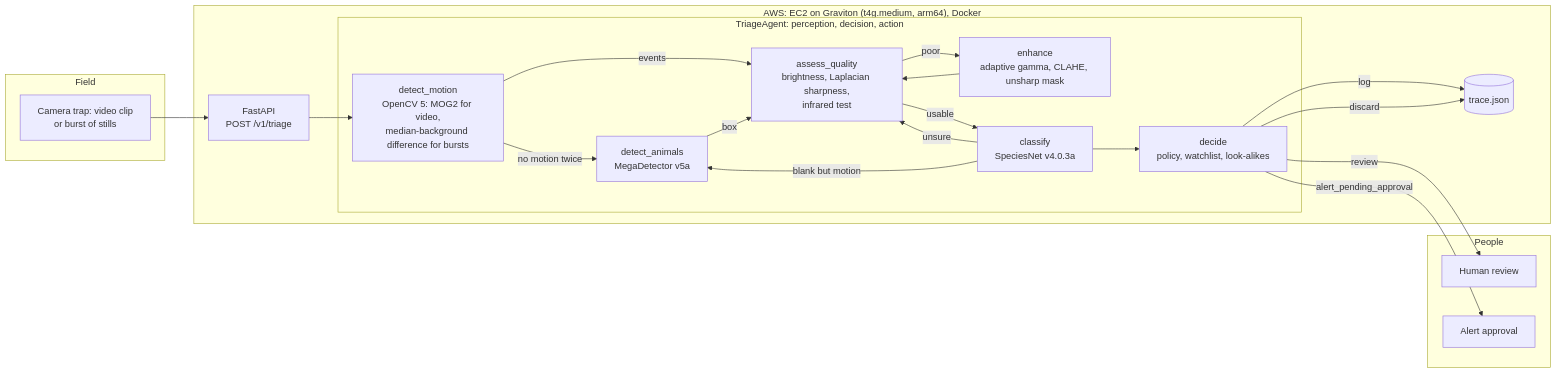
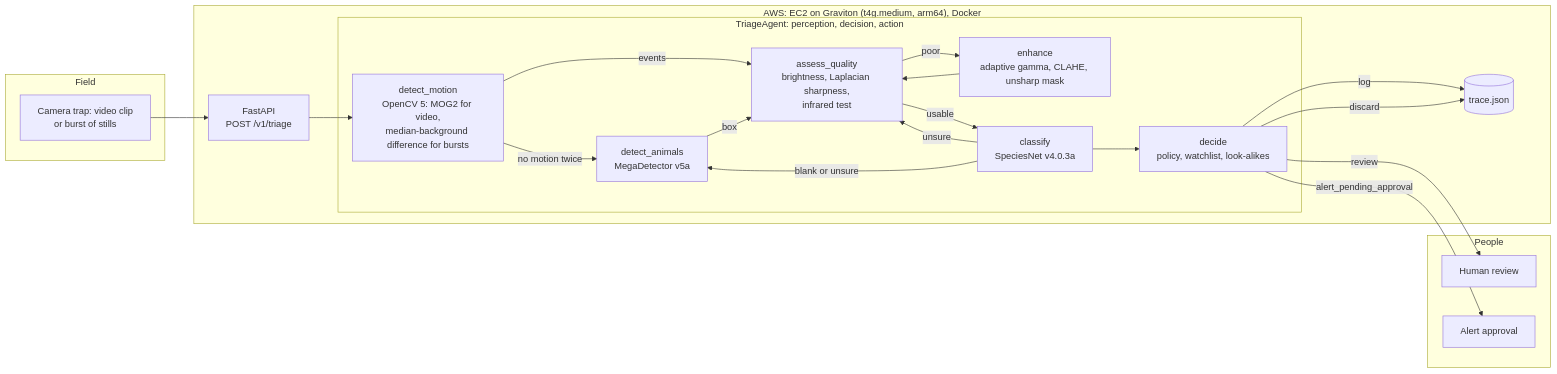
The diagram in docs/architecture.md (wlnw-org/trailwatch), drawn with Mermaid before and after one commit. The commit also changed other lines of this file and 9 other files, not shown here.

````diff
--- a/docs/architecture.md
+++ b/docs/architecture.md
@@ -3,35 +3,35 @@
 ```mermaid
 flowchart LR
   subgraph Field["Field"]
     CT[Camera trap: video clip<br/>or burst of stills]
   end
   subgraph AWS["AWS: EC2 on Graviton (t4g.medium, arm64), Docker"]
     API[FastAPI<br/>POST /v1/triage]
     subgraph Agent["TriageAgent: perception, decision, action"]
       M[detect_motion<br/>OpenCV 5: MOG2 for video,<br/>median-background difference for bursts]
       Q[assess_quality<br/>brightness, Laplacian sharpness,<br/>infrared test]
       E[enhance<br/>adaptive gamma, CLAHE, unsharp mask]
       D[detect_animals<br/>MegaDetector v5a]
       C[classify<br/>SpeciesNet v4.0.3a]
       P[decide<br/>policy, watchlist, look-alikes]
     end
     T[(trace.json)]
   end
   subgraph People["People"]
     R[Human review]
     A[Alert approval]
   end
   CT --> API --> M
   M -- no motion twice --> D
   M -- events --> Q
   D -- box --> Q
   Q -- poor --> E --> Q
   Q -- usable --> C
   C -- unsure --> Q
-  C -- blank but motion --> D
+  C -- blank or unsure --> D
   C --> P
   P -- log --> T
   P -- discard --> T
   P -- review --> R
   P -- alert_pending_approval --> A
 ```
````
